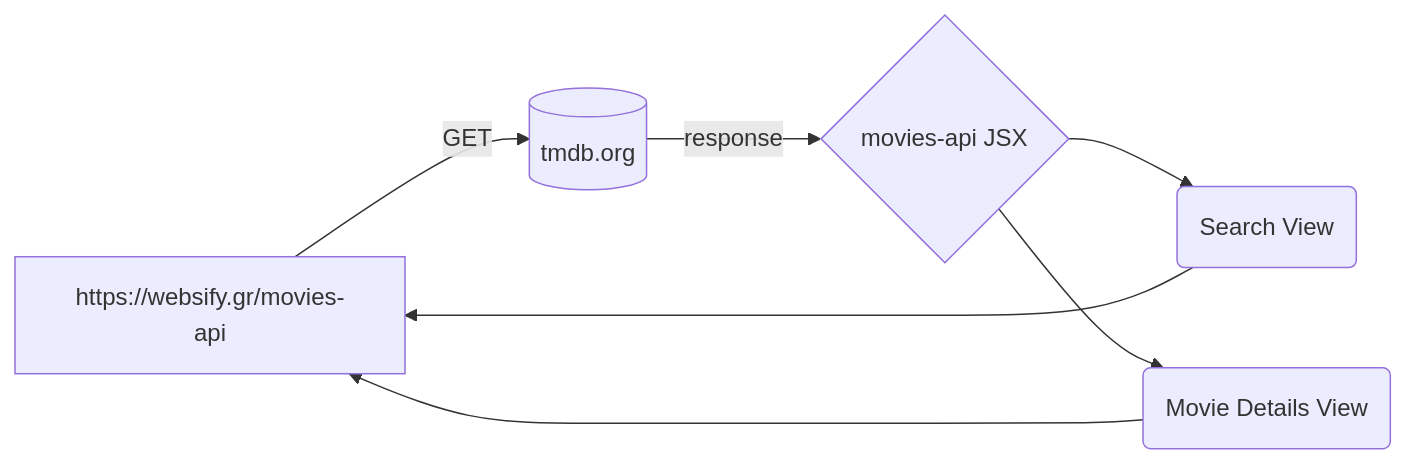
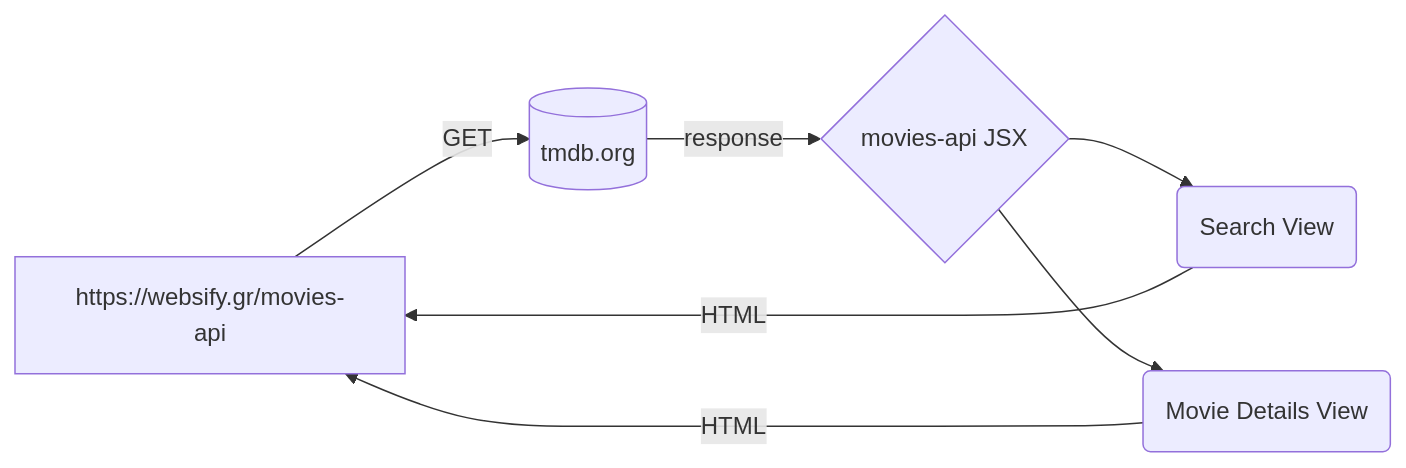
Before and after one commit to websifyGR/websify.gr-movies-api: the diagram in README.md, drawn with Mermaid. The commit also changed other lines of this file, not shown here.

````diff
--- a/README.md
+++ b/README.md
@@ -28,10 +28,10 @@
 ```mermaid
 graph LR
 A[https://websify.gr/movies-api] -- GET --> B[(tmdb.org)]
  B -- response --> D{movies-api JSX} 
  D --> E(Search View)
  D --> F(Movie Details View)
- E --> A
- F --> A
+ E -- HTML --> A
+ F -- HTML --> A
 
 ```
````
